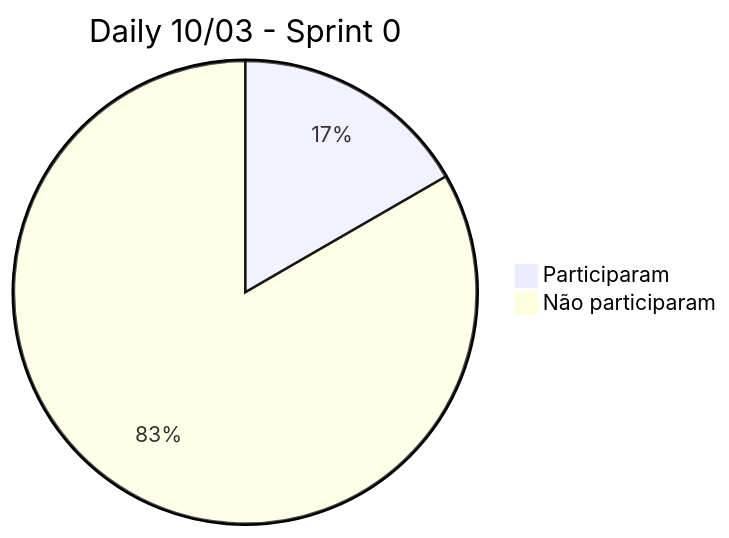
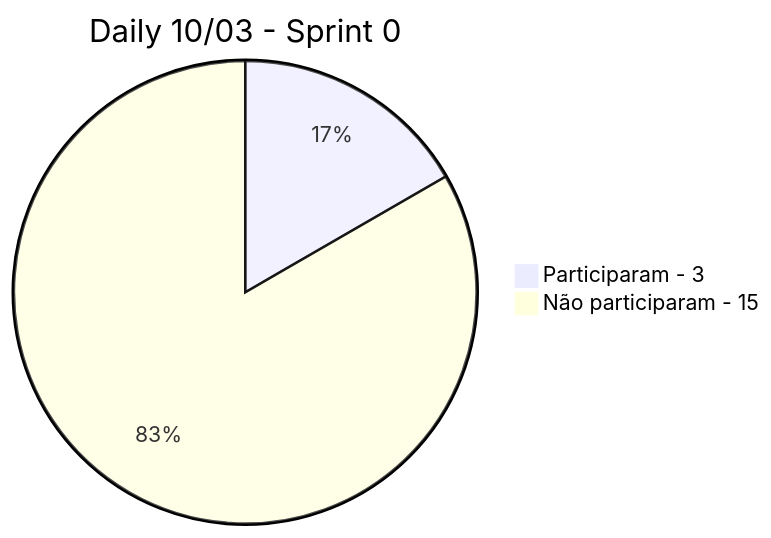
The first of 8 diagrams in Sprints.md (VeiculosMontadora/Backup_Wiki), drawn with Mermaid before and after one commit. The commit also changed other lines of this file, not shown here.

````diff
--- a/Sprints.md
+++ b/Sprints.md
@@ -72,5 +76,5 @@
 ```mermaid
 pie title Daily 10/03 - Sprint 0
-    "Participaram" : 3
-    "Não participaram" : 15
+    "Participaram - 3" : 3
+    "Não participaram - 15" : 15
 ```
````
